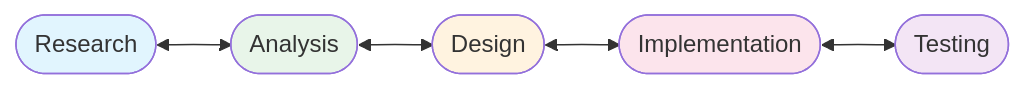
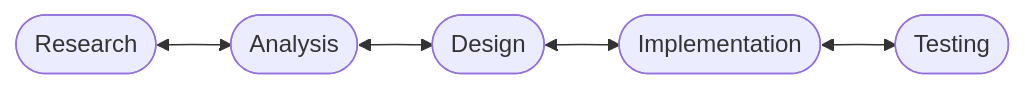
Before and after one commit to saileshkushwaha/AgenticWorld: the third of 9 diagrams in forge-framework/DIAGRAMS.md, drawn with Mermaid. The commit also changed other lines of this file and 33 other files, not shown here.

````diff
--- a/forge-framework/DIAGRAMS.md
+++ b/forge-framework/DIAGRAMS.md
@@ -62,13 +40,7 @@
 ```mermaid
 flowchart LR
     R([Research]) <--> A([Analysis])
     A <--> D([Design])
     D <--> I([Implementation])
     I <--> T([Testing])
-
-    style R fill:#e1f5fe
-    style A fill:#e8f5e9
-    style D fill:#fff3e0
-    style I fill:#fce4ec
-    style T fill:#f3e5f5
 ```
````
